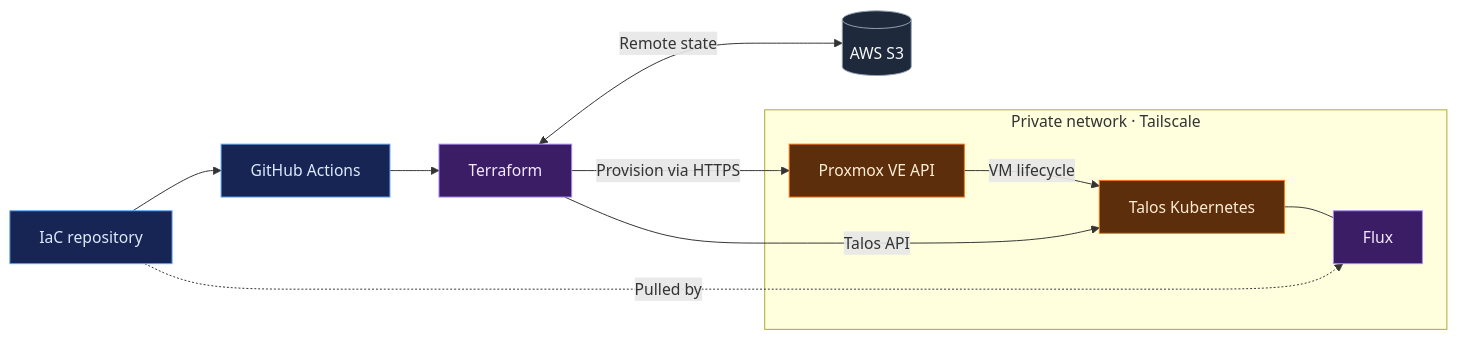
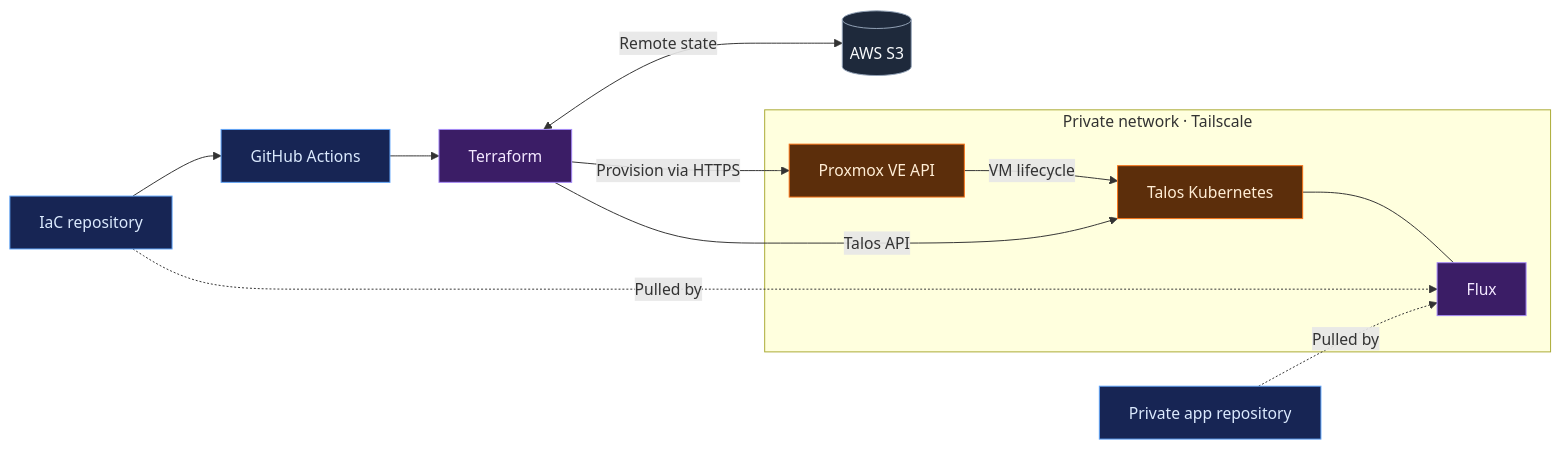
The diagram in README.md (rauland/iac), drawn with Mermaid before and after one commit. The commit also changed other lines of this file, not shown here.

````diff
--- a/README.md
+++ b/README.md
@@ -31,28 +31,29 @@
 ```mermaid
 flowchart LR
     repo["IaC repository"] --> actions["GitHub Actions"]
     actions --> terraform["Terraform"]
     terraform <-->|Remote state| state[("AWS S3")]
 
     subgraph private["Private network · Tailscale"]
         proxmox["Proxmox VE API"]
         talos["Talos Kubernetes"]
         flux["Flux"]
         proxmox -->|VM lifecycle| talos
         talos --- flux
     end
 
     terraform -->|Provision via HTTPS| proxmox
     terraform -->|Talos API| talos
     repo -.->|Pulled by| flux
+    apps["Private app repository"] -.->|Pulled by| flux
 
     classDef automation fill:#172554,stroke:#60A5FA,color:#DBEAFE
     classDef provisioning fill:#3B1D66,stroke:#A78BFA,color:#F3E8FF
     classDef storage fill:#1E293B,stroke:#94A3B8,color:#F8FAFC
     classDef infrastructure fill:#5C2E0B,stroke:#F97316,color:#FFEDD5
 
-    class repo,actions automation
+    class repo,actions,apps automation
     class terraform,flux provisioning
     class state storage
     class proxmox,talos infrastructure
 ```
````
